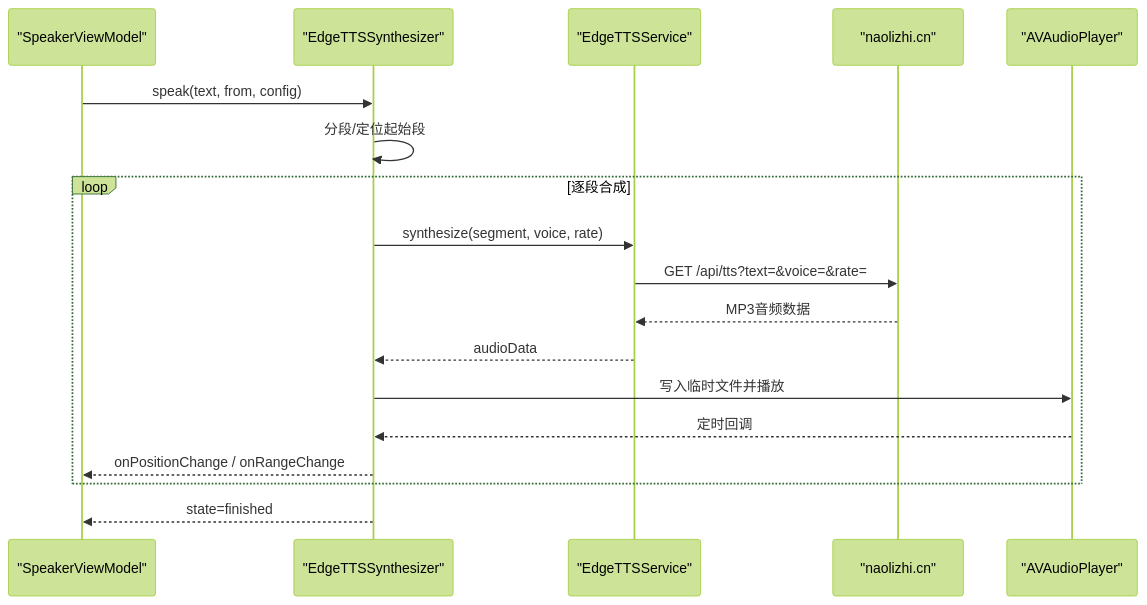
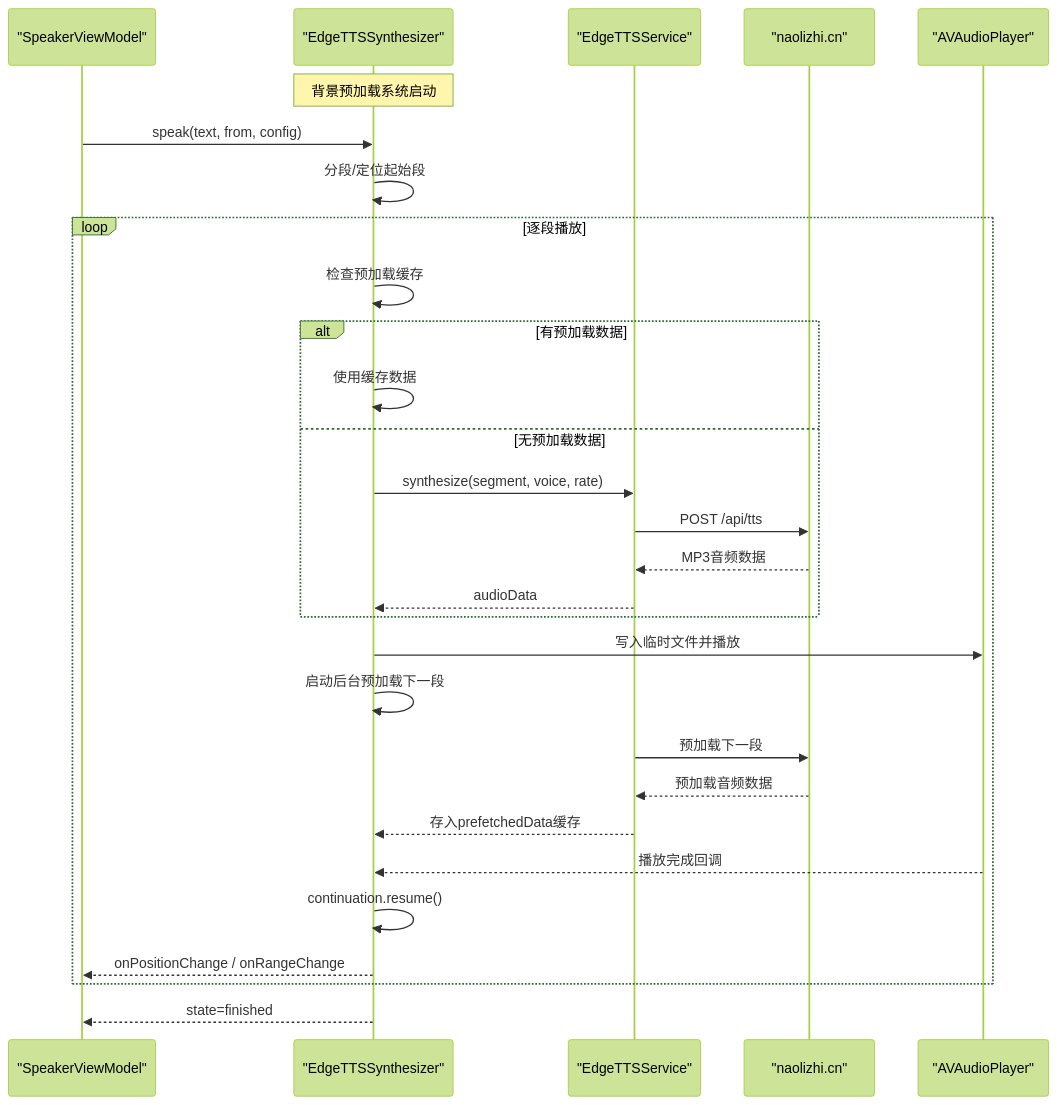
The fifth of 10 diagrams in .qoder/repowiki/zh/content/架构设计/服务层设计/服务层设计.md (Primoguo/VoiceReader), drawn with Mermaid (forest theme) before and after one commit. The commit also changed other lines of this file and 92 other files, not shown here.

````diff
--- a/.qoder/repowiki/zh/content/架构设计/服务层设计/服务层设计.md
+++ b/.qoder/repowiki/zh/content/架构设计/服务层设计/服务层设计.md
@@ -426,20 +433,31 @@
 ```mermaid
 sequenceDiagram
 participant VM as "SpeakerViewModel"
 participant Syn as "EdgeTTSSynthesizer"
 participant Service as "EdgeTTSService"
 participant Server as "naolizhi.cn"
 participant Player as "AVAudioPlayer"
+Note over Syn : 背景预加载系统启动
 VM->>Syn : speak(text, from, config)
 Syn->>Syn : 分段/定位起始段
-loop 逐段合成
+loop 逐段播放
+Syn->>Syn : 检查预加载缓存
+alt 有预加载数据
+Syn->>Syn : 使用缓存数据
+else 无预加载数据
 Syn->>Service : synthesize(segment, voice, rate)
-Service->>Server : GET /api/tts?text=&voice=&rate=
+Service->>Server : POST /api/tts
 Server-->>Service : MP3音频数据
 Service-->>Syn : audioData
+end
 Syn->>Player : 写入临时文件并播放
-Player-->>Syn : 定时回调
+Syn->>Syn : 启动后台预加载下一段
+Service->>Server : 预加载下一段
+Server-->>Service : 预加载音频数据
+Service-->>Syn : 存入prefetchedData缓存
+Player-->>Syn : 播放完成回调
+Syn->>Syn : continuation.resume()
 Syn-->>VM : onPositionChange / onRangeChange
 end
 Syn-->>VM : state=finished
 ```
````
